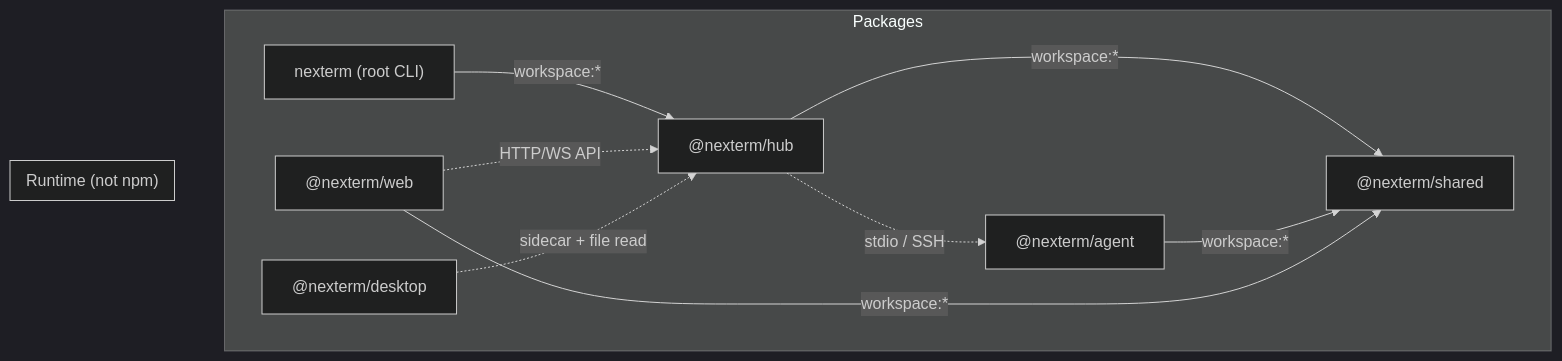
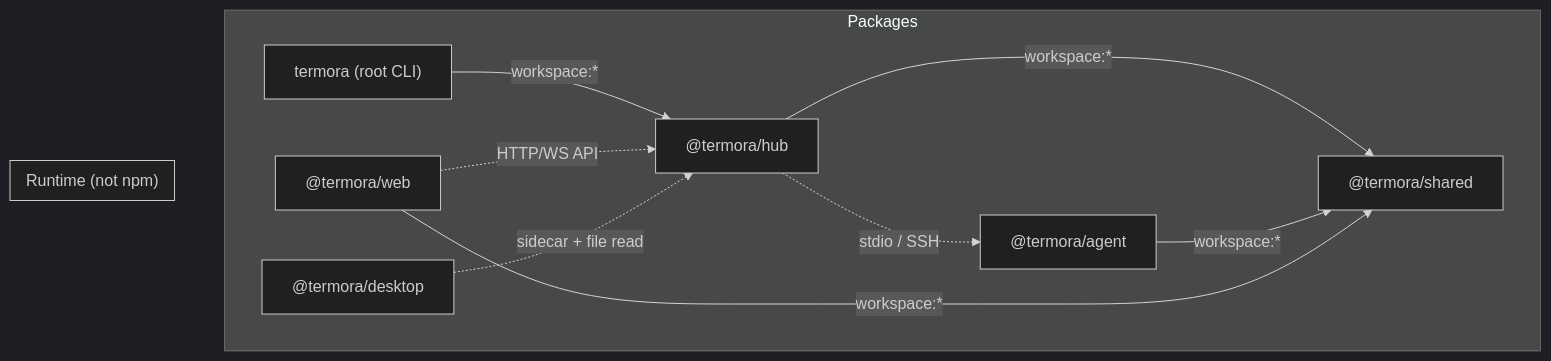
The first of 9 diagrams in docs/reports/ARCH_SEC_AUDIT.md (khiops/termora), drawn with Mermaid (dark theme) before and after one commit. The commit also changed other lines of this file and 295 other files, not shown here.

First line of the commit message:
refactor(root): rename project nexterm → termora

````diff
--- a/docs/reports/ARCH_SEC_AUDIT.md
+++ b/docs/reports/ARCH_SEC_AUDIT.md
@@ -42,22 +42,22 @@
 ```mermaid
 graph TD
     subgraph "Packages"
-        ROOT["nexterm (root CLI)"]
-        SHARED["@nexterm/shared"]
-        AGENT["@nexterm/agent"]
-        HUB["@nexterm/hub"]
-        WEB["@nexterm/web"]
-        DESKTOP["@nexterm/desktop"]
+        ROOT["termora (root CLI)"]
+        SHARED["@termora/shared"]
+        AGENT["@termora/agent"]
+        HUB["@termora/hub"]
+        WEB["@termora/web"]
+        DESKTOP["@termora/desktop"]
     end
 
     ROOT -->|"workspace:*"| HUB
     HUB -->|"workspace:*"| SHARED
     AGENT -->|"workspace:*"| SHARED
     WEB -->|"workspace:*"| SHARED
 
     subgraph "Runtime (not npm)"
         HUB -.->|"stdio / SSH"| AGENT
         WEB -.->|"HTTP/WS API"| HUB
         DESKTOP -.->|"sidecar + file read"| HUB
     end
 ```
````
